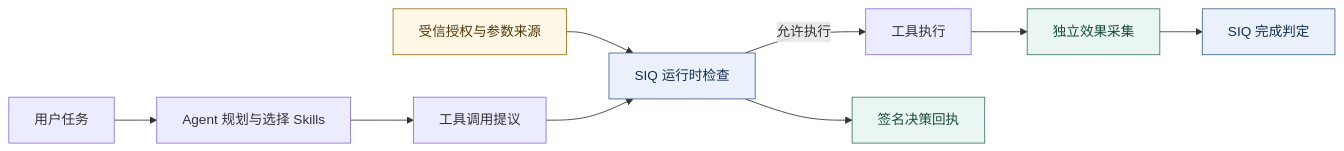
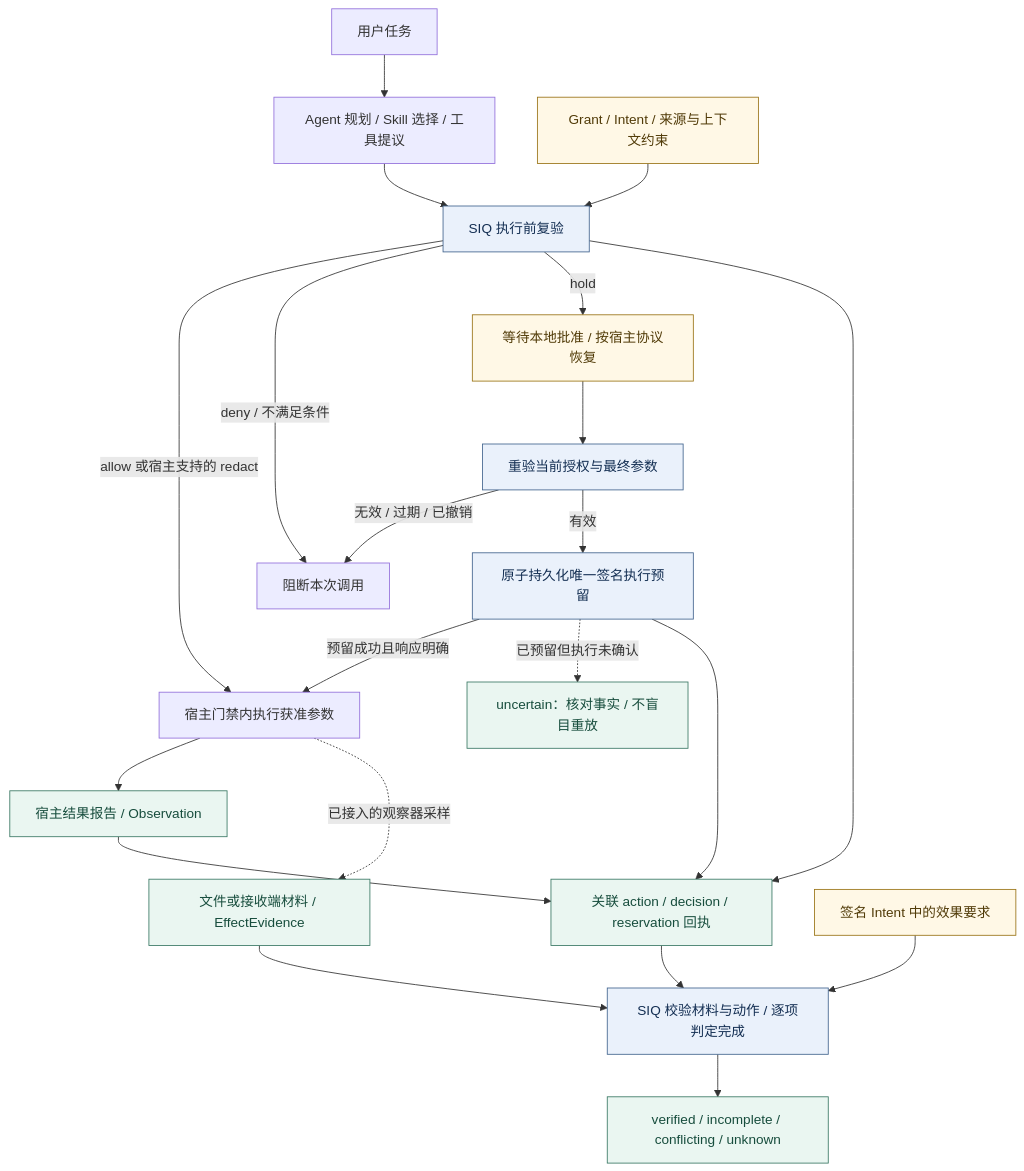
Before and after one commit to maoyadongsh/siq-agent-security: the second of 2 diagrams in README.md, drawn with Mermaid. The commit also changed other lines of this file and 1 other file, not shown here.

Commit message:
docs: update authorization and effect verification diagrams

````diff
--- a/README.md
+++ b/README.md
@@ -273,17 +281,29 @@
 ```mermaid
-flowchart LR
-    Task[用户任务] --> Agent[Agent 规划与选择 Skills]
-    Agent --> Proposal[工具调用提议]
-    Authority[受信授权与参数来源] --> Runtime[SIQ 运行时检查]
-    Proposal --> Runtime
-    Runtime -->|允许执行| Tool[工具执行]
-    Runtime --> Receipts[签名决策回执]
-    Tool --> Observer[独立效果采集]
-    Observer --> Completion[SIQ 完成判定]
+flowchart TB
+    Task[用户任务] --> Proposal[Agent 规划 / Skill 选择 / 工具提议]
+    Authority[Grant / Intent / 来源与上下文约束] --> Gate[SIQ 执行前复验]
+    Proposal --> Gate
+    Gate -->|allow 或宿主支持的 redact| Tool[宿主门禁内执行获准参数]
+    Gate -->|deny / 不满足条件| Stop[阻断本次调用]
+    Gate -->|hold| Approval[等待本地批准 / 按宿主协议恢复]
+    Approval --> Recheck[重验当前授权与最终参数]
+    Recheck -->|无效 / 过期 / 已撤销| Stop
+    Recheck -->|有效| Reserve[原子持久化唯一签名执行预留]
+    Reserve -->|预留成功且响应明确| Tool
+    Reserve -.->|已预留但执行未确认| Uncertain[uncertain：核对事实 / 不盲目重放]
+    Tool --> Observation[宿主结果报告 / Observation]
+    Observation --> Receipts[关联 action / decision / reservation 回执]
+    Gate --> Receipts
+    Reserve --> Receipts
+    Tool -.->|已接入的观察器采样| Effect[文件或接收端材料 / EffectEvidence]
+    Requirements[签名 Intent 中的效果要求] --> Completion[SIQ 校验材料与动作 / 逐项判定完成]
+    Receipts --> Completion
+    Effect --> Completion
+    Completion --> Result[verified / incomplete / conflicting / unknown]
     classDef authority fill:#fff8e6,stroke:#9a7417,color:#513b08
     classDef runtime fill:#eaf1fb,stroke:#43658f,color:#142f53
     classDef evidence fill:#eaf6f1,stroke:#3b7965,color:#174d3d
-    class Authority authority
-    class Runtime,Completion runtime
-    class Receipts,Observer evidence
+    class Authority,Approval,Requirements authority
+    class Gate,Recheck,Reserve,Completion runtime
+    class Observation,Receipts,Effect,Result,Uncertain evidence
 ```
````
